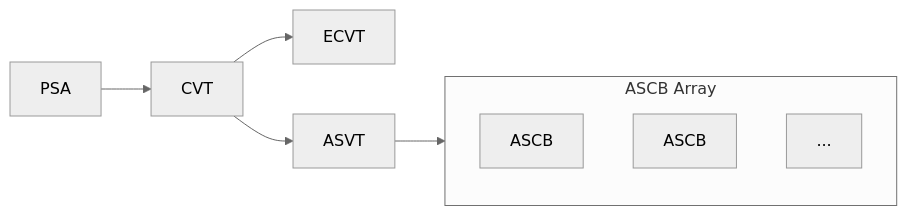
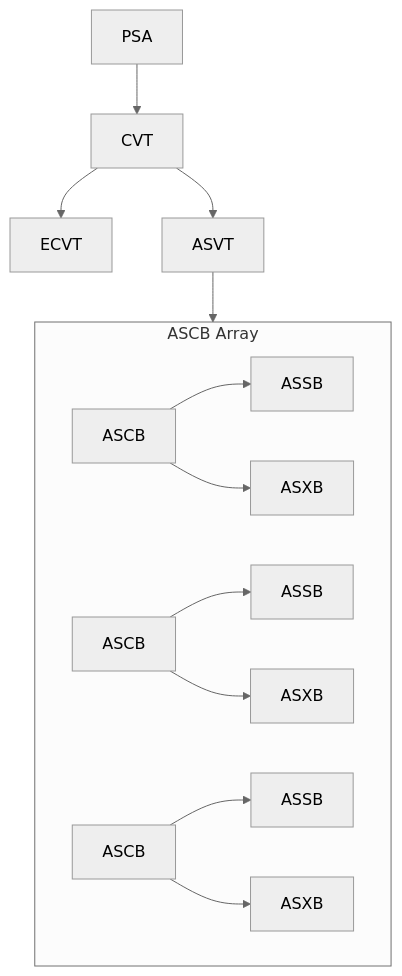
One commit to ambitus/cbxp changed the diagram in supported_control_blocks.md. Above: the diagram before and after it, drawn with Mermaid (neutral theme). The commit also changed other lines of this file and 9 other files, not shown here.

```diff
--- a/supported_control_blocks.md
+++ b/supported_control_blocks.md
@@ -34,13 +36,19 @@
 <pre class="mermaid">
-  flowchart LR
+  flowchart TD
     PSA
     PSA--> CVT
     CVT--> ECVT
     CVT--> ASVT
     ASVT--> ASCBs
     subgraph ASCBs["ASCB Array"]
         ASCB1["ASCB"]
+        ASCB1--> ASSB1["ASSB"]
+        ASCB1--> ASXB1["ASXB"]
         ASCB2["ASCB"]
-        ASCB3["..."]
+        ASCB2--> ASSB2["ASSB"]
+        ASCB2--> ASXB2["ASXB"]
+        ASCB3["ASCB"]
+        ASCB3--> ASSB3["ASSB"]
+        ASCB3--> ASXB3["ASXB"]
     end
 </pre>
```
